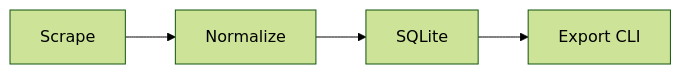
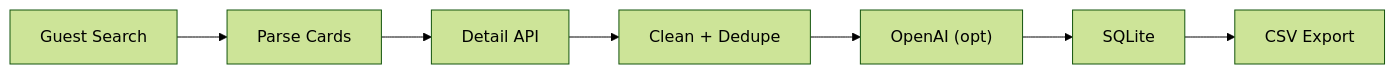
One commit to ricardogr07/ricardogr07.github.io changed the diagram in public/images/projects/linkedin-webscraper/diagram.mmd. Above: the diagram before and after it, drawn with Mermaid (forest theme). The commit also changed 6 other files, not shown here.

```diff
--- a/public/images/projects/linkedin-webscraper/diagram.mmd
+++ b/public/images/projects/linkedin-webscraper/diagram.mmd
@@ -1,4 +1,7 @@
 flowchart LR
-  A["Scrape"] --> B["Normalize"]
-  B["Normalize"] --> C["SQLite"]
-  C["SQLite"] --> D["Export CLI"]
+  A["Guest Search"] --> B["Parse Cards"]
+  B["Parse Cards"] --> C["Detail API"]
+  C["Detail API"] --> D["Clean + Dedupe"]
+  D["Clean + Dedupe"] --> E["OpenAI (opt)"]
+  E["OpenAI (opt)"] --> F["SQLite"]
+  F["SQLite"] --> G["CSV Export"]
```
